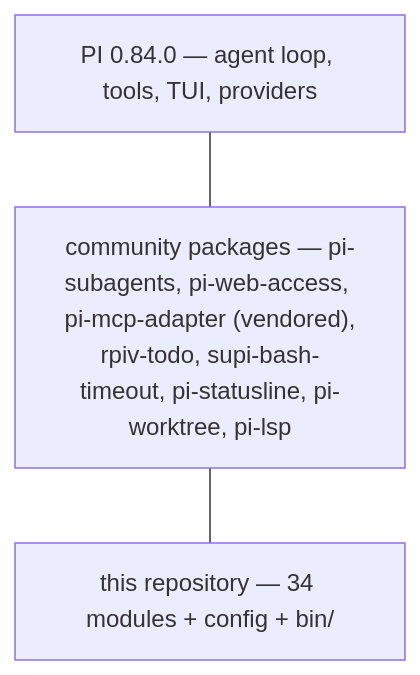
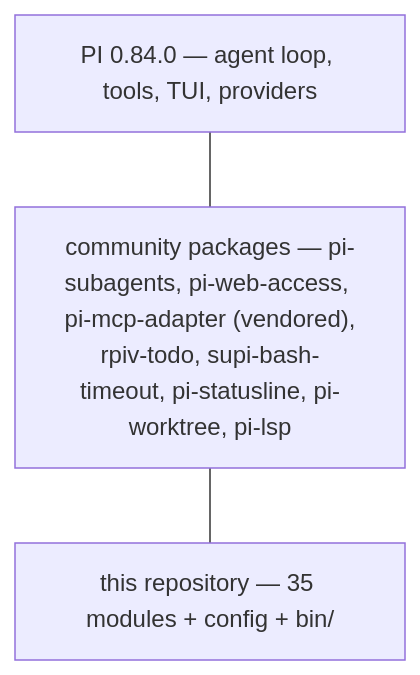
The second of 3 diagrams in docs/concepts/architecture.md (DresvyanskiyDenis/PiON), drawn with Mermaid before and after one commit. The commit also changed other lines of this file and 13 other files, not shown here.

````diff
--- a/docs/concepts/architecture.md
+++ b/docs/concepts/architecture.md
@@ -89,7 +89,7 @@
 ```mermaid
 flowchart TB
     PI["PI 0.84.0 — agent loop, tools, TUI, providers"]
     PKG["community packages — pi-subagents, pi-web-access, pi-mcp-adapter (vendored),<br/>rpiv-todo, supi-bash-timeout, pi-statusline, pi-worktree, pi-lsp"]
-    OURS["this repository — 34 modules + config + bin/"]
+    OURS["this repository — 35 modules + config + bin/"]
     PI --- PKG --- OURS
 ```
````
